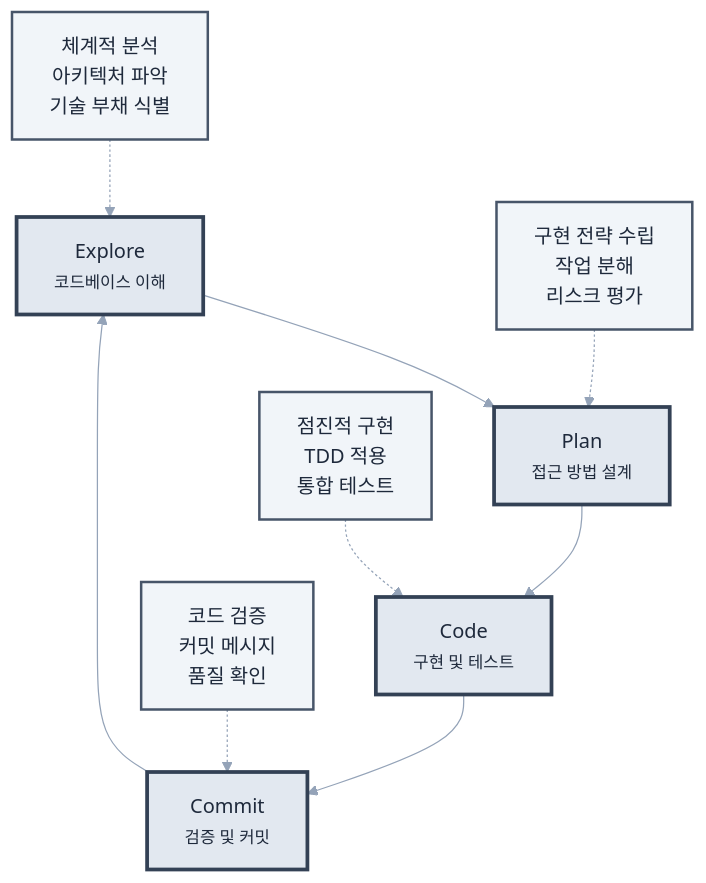
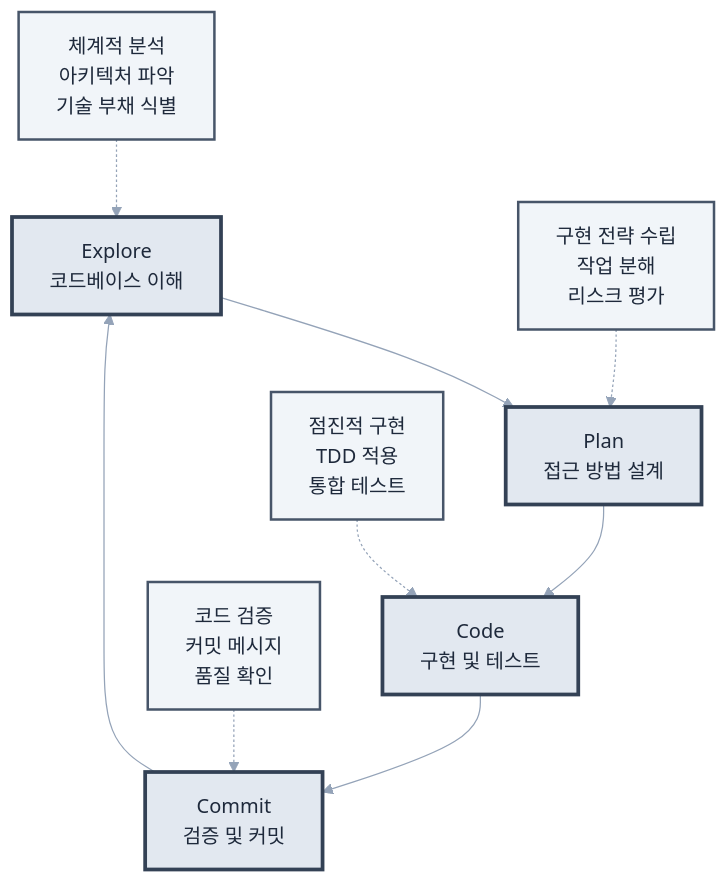
Before and after one commit to revfactory/claude-code-mastering: the second of 5 diagrams in book/07-chapter7.md, drawn with Mermaid. The commit also changed other lines of this file and 10 other files, not shown here.

First line of the commit message:
fix: 챕터 2-13 Mermaid 다이어그램 텍스트 렌더링 최적화

````diff
--- a/book/07-chapter7.md
+++ b/book/07-chapter7.md
@@ -49,19 +49,19 @@
 ```mermaid
 %%{init: {"theme": "base", "themeVariables": {"primaryColor": "#f8fafc", "primaryTextColor": "#1e293b", "primaryBorderColor": "#e2e8f0", "lineColor": "#94a3b8", "secondaryColor": "#f1f5f9", "tertiaryColor": "#e2e8f0"}}}%%
 flowchart TD
-    A[Explore<br/><small>코드베이스 이해</small>] --> B[Plan<br/><small>접근 방법 설계</small>]
-    B --> C[Code<br/><small>구현 및 테스트</small>]
-    C --> D[Commit<br/><small>검증 및 커밋</small>]
+    A[Explore<br/>코드베이스 이해] --> B[Plan<br/>접근 방법 설계]
+    B --> C[Code<br/>구현 및 테스트]
+    C --> D[Commit<br/>검증 및 커밋]
     D --> A
     
     E[체계적 분석<br/>아키텍처 파악<br/>기술 부채 식별] -.-> A
     F[구현 전략 수립<br/>작업 분해<br/>리스크 평가] -.-> B
     G[점진적 구현<br/>TDD 적용<br/>통합 테스트] -.-> C
     H[코드 검증<br/>커밋 메시지<br/>품질 확인] -.-> D
     
     classDef primaryStyle fill:#e2e8f0,stroke:#334155,stroke-width:3px,color:#1e293b
     classDef detailStyle fill:#f1f5f9,stroke:#475569,stroke-width:2px,color:#1e293b
     
     class A,B,C,D primaryStyle
     class E,F,G,H detailStyle
 ```
````
